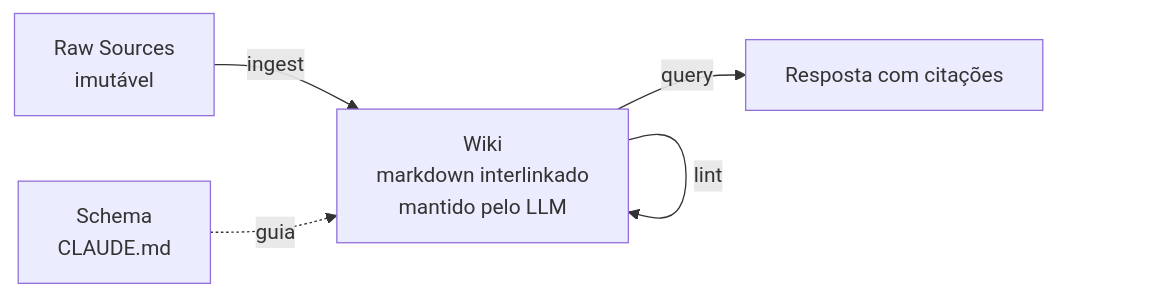
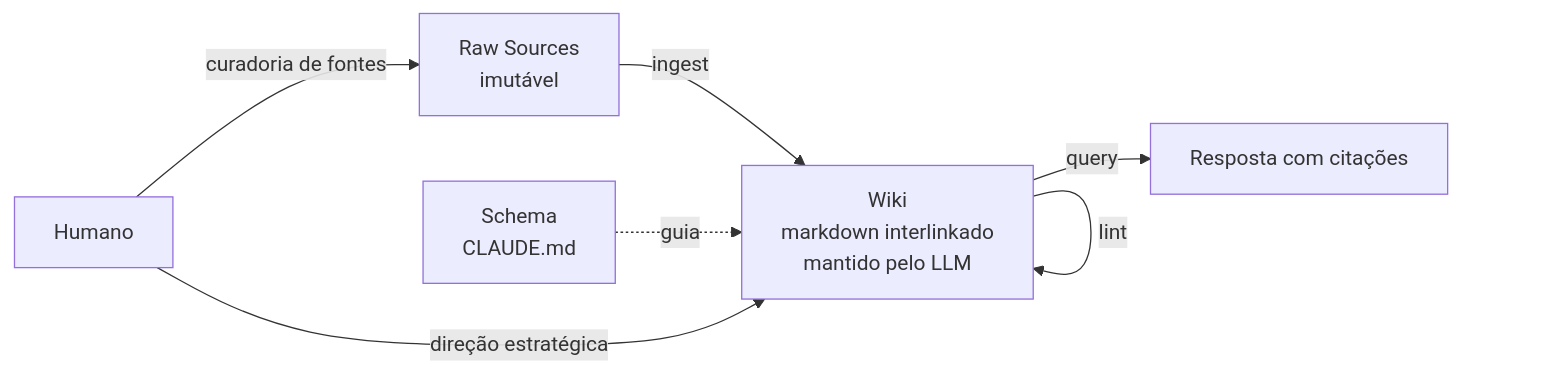
The diagram in 03-Dominios/Tecnologia/IA/Memória de Agentes/06 - O LLM Wiki Pattern (gist do Karpathy).md (josenaldo/codex-technomanticus), drawn with Mermaid before and after one commit. The commit also changed other lines of this file, not shown here.

````diff
--- a/03-Dominios/Tecnologia/IA/Memória de Agentes/06 - O LLM Wiki Pattern (gist do Karpathy).md
+++ b/03-Dominios/Tecnologia/IA/Memória de Agentes/06 - O LLM Wiki Pattern (gist do Karpathy).md
@@ -44,7 +75,9 @@
 ```mermaid
 graph LR
     A[Raw Sources<br/>imutável] -->|ingest| B[Wiki<br/>markdown interlinkado<br/>mantido pelo LLM]
     C[Schema<br/>CLAUDE.md] -.->|guia| B
     B -->|query| D[Resposta com citações]
     B -->|lint| B
+    E[Humano] -->|curadoria de fontes| A
+    E -->|direção estratégica| B
 ```
````
